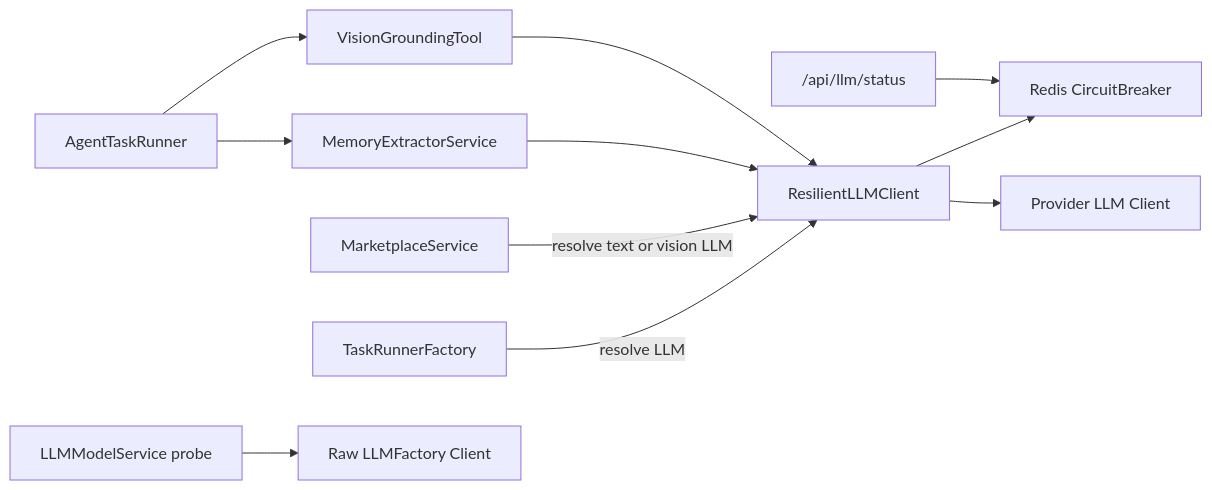
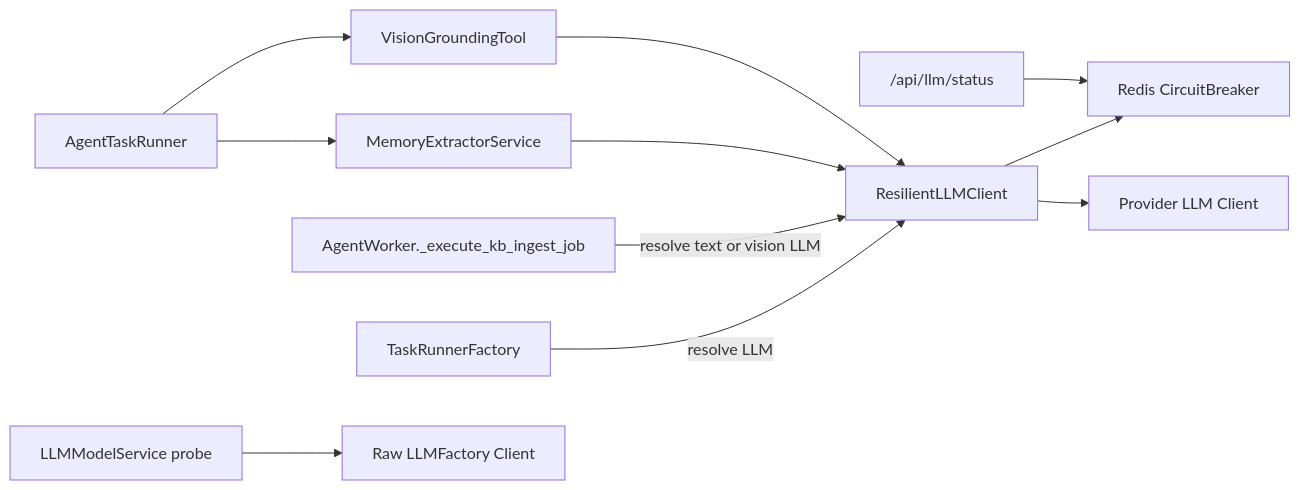
The first of 2 diagrams in docs/architecture/model-resilience.md (OceaLong/opencitadel), drawn with Mermaid before and after one commit. The commit also changed other lines of this file and 375 other files, not shown here.

````diff
--- a/docs/architecture/model-resilience.md
+++ b/docs/architecture/model-resilience.md
@@ -40,13 +40,13 @@
 ```mermaid
 flowchart LR
   TaskRunnerFactory["TaskRunnerFactory"] -->|"resolve LLM"| ResilientLLMClient["ResilientLLMClient"]
-  MarketplaceService["MarketplaceService"] -->|"resolve text or vision LLM"| ResilientLLMClient
+  KBIngestJob["AgentWorker._execute_kb_ingest_job"] -->|"resolve text or vision LLM"| ResilientLLMClient
   AgentRunner["AgentTaskRunner"] --> MemoryExtractorService["MemoryExtractorService"]
   AgentRunner --> VisionGroundingTool["VisionGroundingTool"]
   MemoryExtractorService --> ResilientLLMClient
   VisionGroundingTool --> ResilientLLMClient
   ResilientLLMClient --> CircuitBreaker["Redis CircuitBreaker"]
   ResilientLLMClient --> RawLLM["Provider LLM Client"]
   LLMStatus["/api/llm/status"] --> CircuitBreaker
   LLMProbe["LLMModelService probe"] --> RawProbe["Raw LLMFactory Client"]
 ```
````
